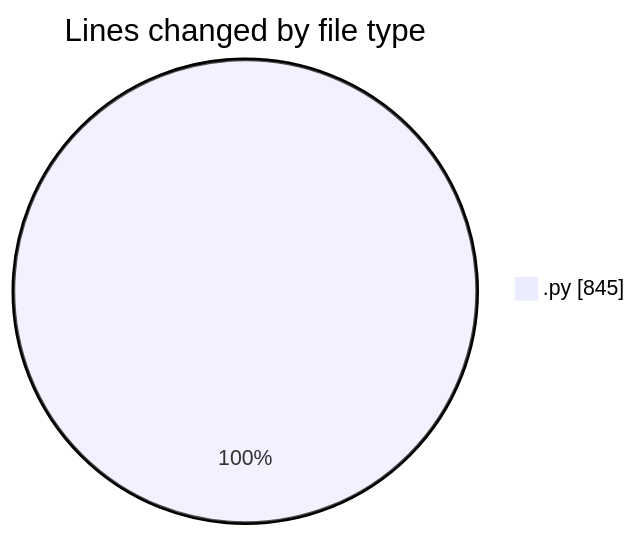
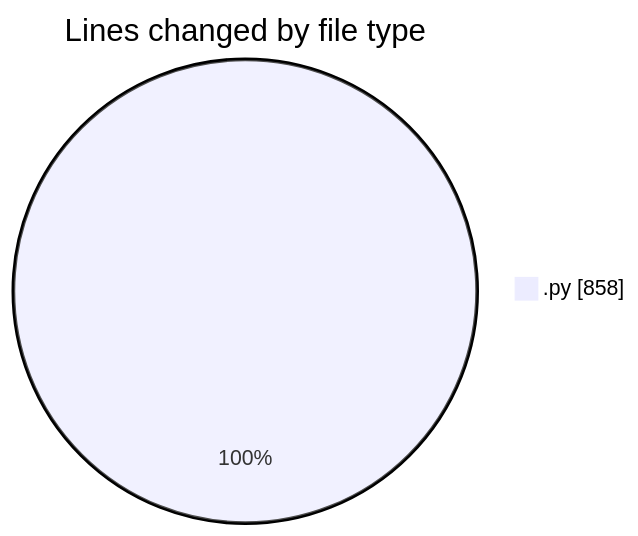
One commit to julien-gomy/code-tracking changed the first of 2 diagrams in 2025-10-09/eventscop-api-guide__workspace_/README.md. Above: the diagram before and after it, drawn with Mermaid. The commit also changed other lines of this file and 1 other file, not shown here.

````diff
--- a/2025-10-09/eventscop-api-guide__workspace_/README.md
+++ b/2025-10-09/eventscop-api-guide__workspace_/README.md
@@ -21,5 +21,5 @@
 ```mermaid
 pie showData
 title Lines changed by file type
-".py" : 845
+".py" : 858
 ```
````
